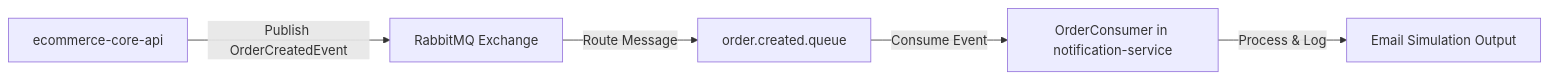
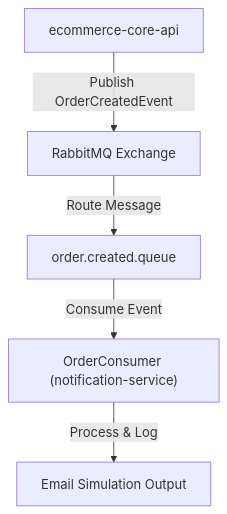
The first of 2 diagrams in README.md (yusufkayiss/notification-service), drawn with Mermaid before and after one commit. The commit also changed other lines of this file, not shown here.

Commit message:
Revise architecture diagrams and installation steps
Updated architecture diagrams and installation instructions in both English and Turkish sections.

````diff
--- a/README.md
+++ b/README.md
@@ -21,7 +21,7 @@
 ```mermaid
-graph LR
-    CoreAPI[ecommerce-core-api] -->|Publish OrderCreatedEvent| Exchange[RabbitMQ Exchange]
-    Exchange -->|Route Message| Queue[order.created.queue]
-    Queue -->|Consume Event| Consumer[OrderConsumer in notification-service]
-    Consumer -->|Process & Log| Email[Email Simulation Output]
+graph TD
+    CoreAPI["ecommerce-core-api"] -->|Publish OrderCreatedEvent| Exchange["RabbitMQ Exchange"]
+    Exchange -->|Route Message| Queue["order.created.queue"]
+    Queue -->|Consume Event| Consumer["OrderConsumer (notification-service)"]
+    Consumer -->|Process & Log| Email["Email Simulation Output"]
 ```
````
